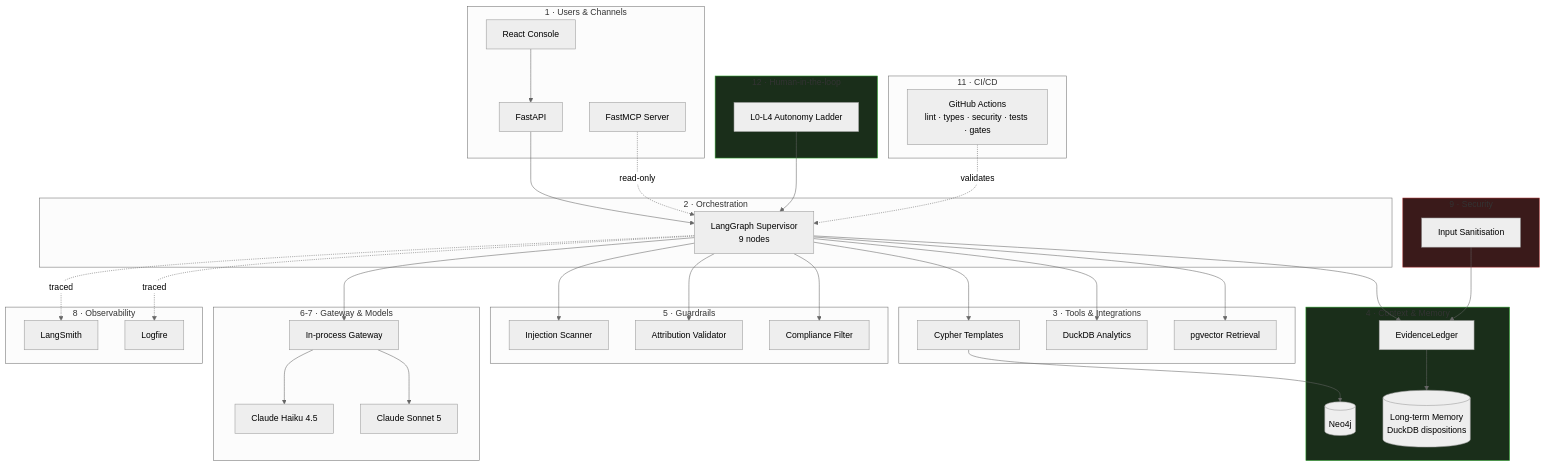
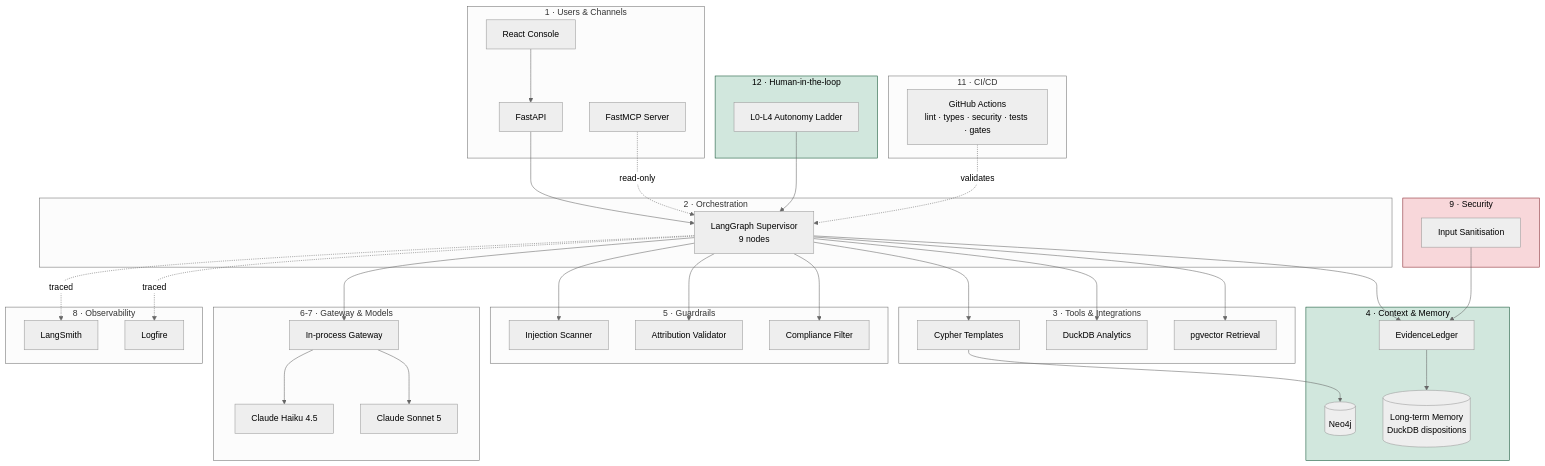
The first of 2 diagrams in README.md (AaronFChristian/caseweave), drawn with Mermaid (neutral theme) before and after one commit. The commit also changed other lines of this file, not shown here.

````diff
--- a/README.md
+++ b/README.md
@@ -79,72 +79,72 @@
 ```mermaid
 flowchart TB
     subgraph L1["1 · Users & Channels"]
         UI[React Console]
         MCP[FastMCP Server]
         API[FastAPI]
     end
 
     subgraph L2["2 · Orchestration"]
         SUP[LangGraph Supervisor<br/>9 nodes]
     end
 
     subgraph L3["3 · Tools & Integrations"]
         CYPHER[Cypher Templates]
         DUCK_Q[DuckDB Analytics]
         VEC[pgvector Retrieval]
     end
 
     subgraph L4["4 · Context & Memory"]
         LEDGER[EvidenceLedger]
         GRAPH[(Neo4j)]
         LTM[(Long-term Memory<br/>DuckDB dispositions)]
     end
 
     subgraph L5["5 · Guardrails"]
         INJ[Injection Scanner]
         ATTR[Attribution Validator]
         COMP[Compliance Filter]
     end
 
     subgraph L6_7["6-7 · Gateway & Models"]
         GW[In-process Gateway]
         HAIKU[Claude Haiku 4.5]
         SONNET[Claude Sonnet 5]
     end
 
     subgraph L8["8 · Observability"]
         LS[LangSmith]
         LF[Logfire]
     end
 
     subgraph L9["9 · Security"]
         SAN[Input Sanitisation]
     end
 
     subgraph L11["11 · CI/CD"]
         GH[GitHub Actions<br/>lint · types · security · tests · gates]
     end
 
     subgraph L12["12 · Human-in-the-loop"]
         LADDER[L0-L4 Autonomy Ladder]
     end
 
     UI --> API --> SUP
     MCP -.read-only.-> SUP
     SUP --> CYPHER & DUCK_Q & VEC
     CYPHER --> GRAPH
     SUP --> LEDGER
     LEDGER --> LTM
     SUP --> INJ & ATTR & COMP
     SUP --> GW
     GW --> HAIKU & SONNET
     SUP -.traced.-> LS
     SUP -.traced.-> LF
     SAN --> LEDGER
     LADDER --> SUP
     GH -.validates.-> SUP
 
-    style L9 fill:#3a1a1a,stroke:#a33
-    style L12 fill:#1a2e1a,stroke:#3a3
-    style L4 fill:#1a2e1a,stroke:#3a3
+    style L9 fill:#f8d7da,stroke:#842029,color:#000
+    style L12 fill:#d1e7dd,stroke:#0f5132,color:#000
+    style L4 fill:#d1e7dd,stroke:#0f5132,color:#000
 ```
````
